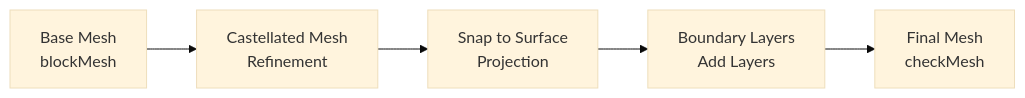
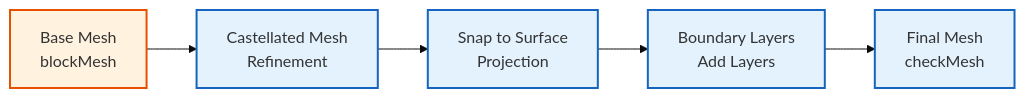
One commit to wramet/build-my-cfd changed the first of 2 diagrams in MODULE_07_UTILITIES_AUTOMATION/CONTENT/08_EXPERT_UTILITIES/00_Overview.md. Above: the diagram before and after it, drawn with Mermaid (base theme). The commit also changed other lines of this file and 313 other files, not shown here.

Commit message:
Revise all diagram

````diff
--- a/MODULE_07_UTILITIES_AUTOMATION/CONTENT/08_EXPERT_UTILITIES/00_Overview.md
+++ b/MODULE_07_UTILITIES_AUTOMATION/CONTENT/08_EXPERT_UTILITIES/00_Overview.md
@@ -248,7 +248,11 @@
 ```mermaid
 flowchart LR
-    A[Base Mesh<br>blockMesh] --> B[Castellated Mesh<br>Refinement]
-    B --> C[Snap to Surface<br>Projection]
-    C --> D[Boundary Layers<br>Add Layers]
-    D --> E[Final Mesh<br>checkMesh]
+%% Classes
+classDef explicit fill:#fff3e0,stroke:#e65100,stroke-width:2px;
+classDef implicit fill:#e3f2fd,stroke:#1565c0,stroke-width:2px;
+%% Nodes
+A[Base Mesh<br>blockMesh]:::explicit --> B[Castellated Mesh<br>Refinement]:::implicit
+B --> C[Snap to Surface<br>Projection]:::implicit
+C --> D[Boundary Layers<br>Add Layers]:::implicit
+D --> E[Final Mesh<br>checkMesh]:::implicit
 ```
````
